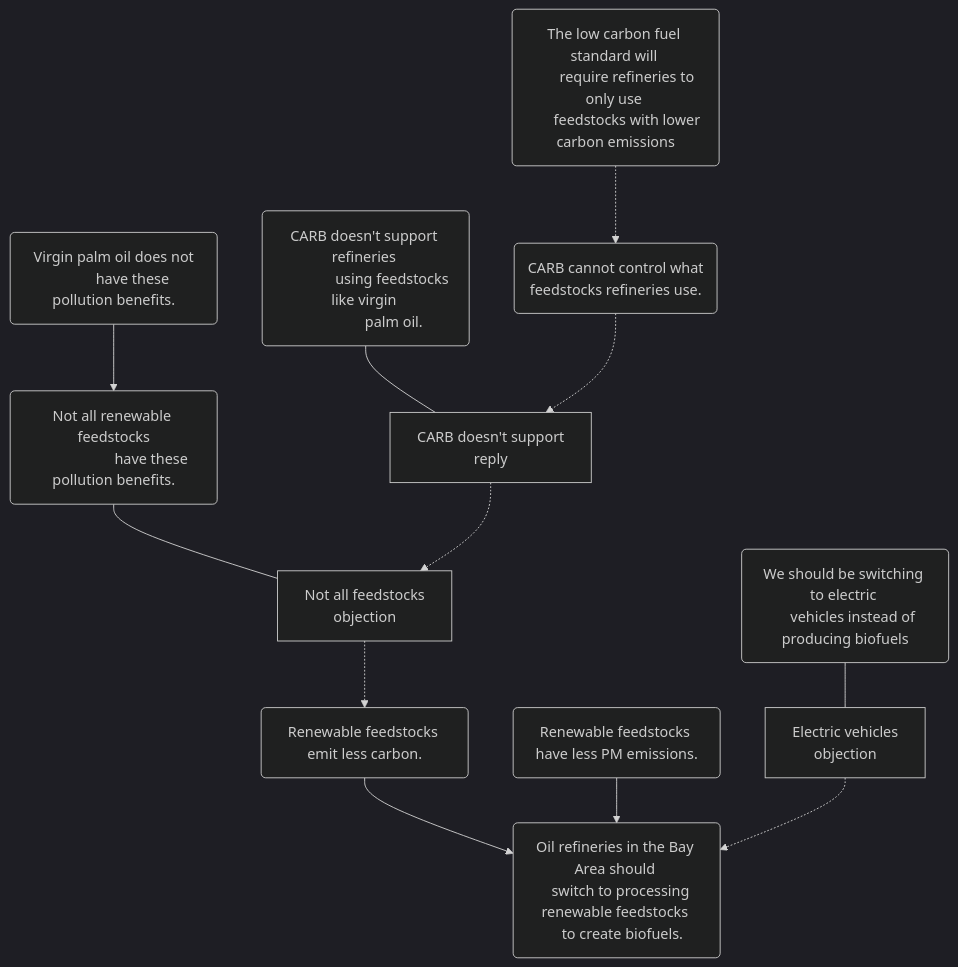
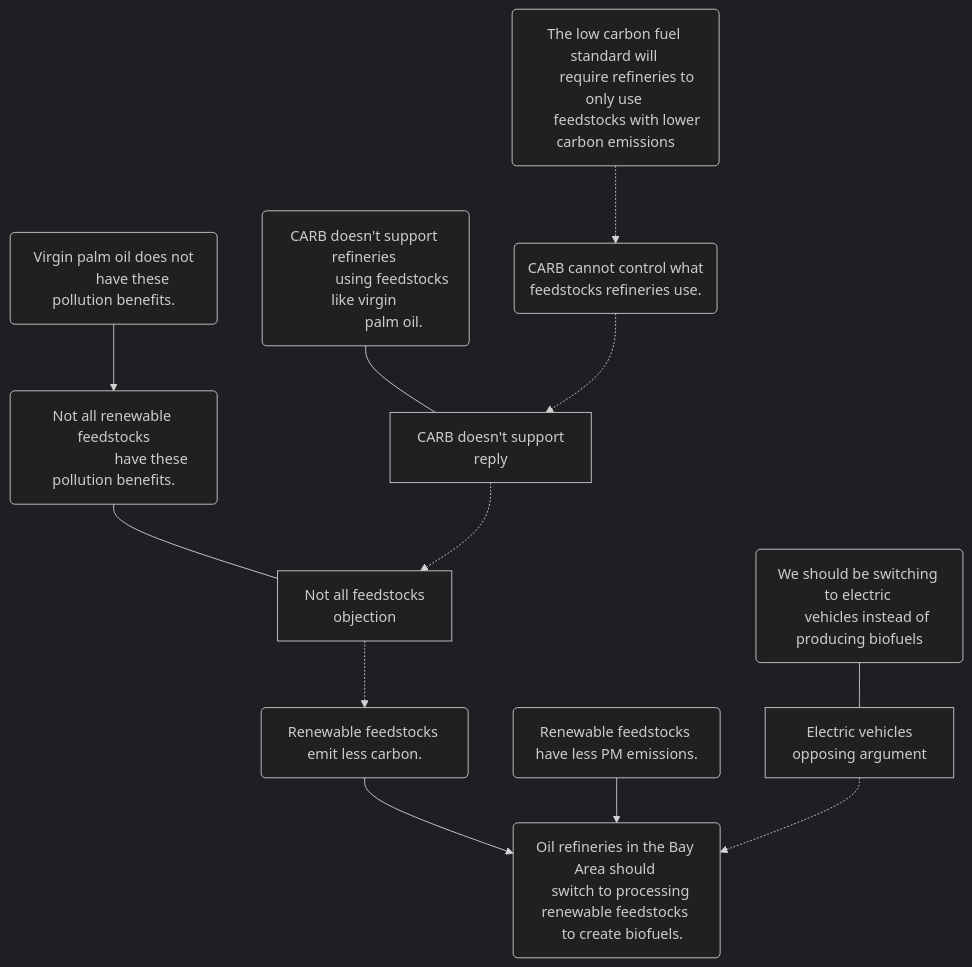
One commit to dhicks/argmaps changed the seventh of 8 diagrams in 06-biofuels.qmd. Above: the diagram before and after it, drawn with Mermaid (dark theme). The commit also changed other lines of this file and 2 other files, not shown here.

````diff
--- a/06-biofuels.qmd
+++ b/06-biofuels.qmd
@@ -203,39 +203,39 @@
 ```{mermaid}
 %%| echo: true
 flowchart TB 
 
 C("Oil refineries in the Bay Area should 
    switch to processing renewable feedstocks 
    to create biofuels.")
    
 Pcarbon("Renewable feedstocks emit less carbon.")
 Pcarbon --> C
 
 Ppm("Renewable feedstocks have less PM emissions.")
 Ppm --> C
 
 Ppalm-oil("Virgin palm oil does not
            have these pollution benefits.")
 Onot-all-feedstocks("Not all renewable feedstocks
                      have these pollution benefits.")
 Ppalm-oil --> Onot-all-feedstocks --- OLfeedstocks["Not all feedstocks
                                                     objection"] -.-> Pcarbon
 
 Ocarb-support("CARB doesn't support refineries 
                using feedstocks like virgin 
                palm oil.")
 Ocarb-support --- OLcarb-support["CARB doesn't support
 								  reply"] -.-> OLfeedstocks
 
 Oregulation("CARB cannot control what 
              feedstocks refineries use.")
 Oregulation -.-> OLcarb-support
 
 Olcfs("The low carbon fuel standard will 
        require refineries to only use 
        feedstocks with lower carbon emissions") -.-> Oregulation
        
 Oev("We should be switching to electric 
      vehicles instead of producing biofuels") --- OLev["Electric vehicles
-     													objection"] -.-> C
+     													opposing argument"] -.-> C
 ```
````
